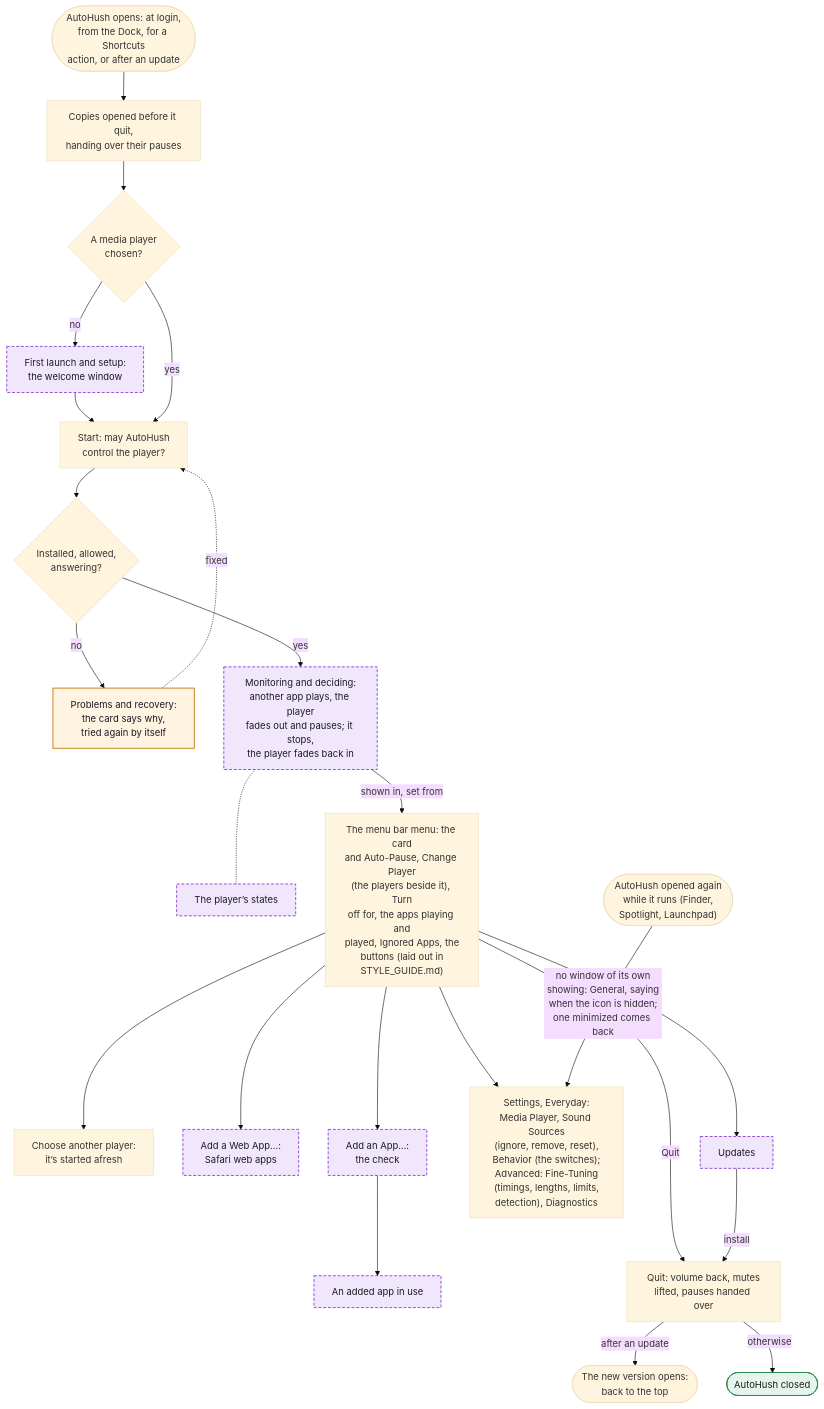
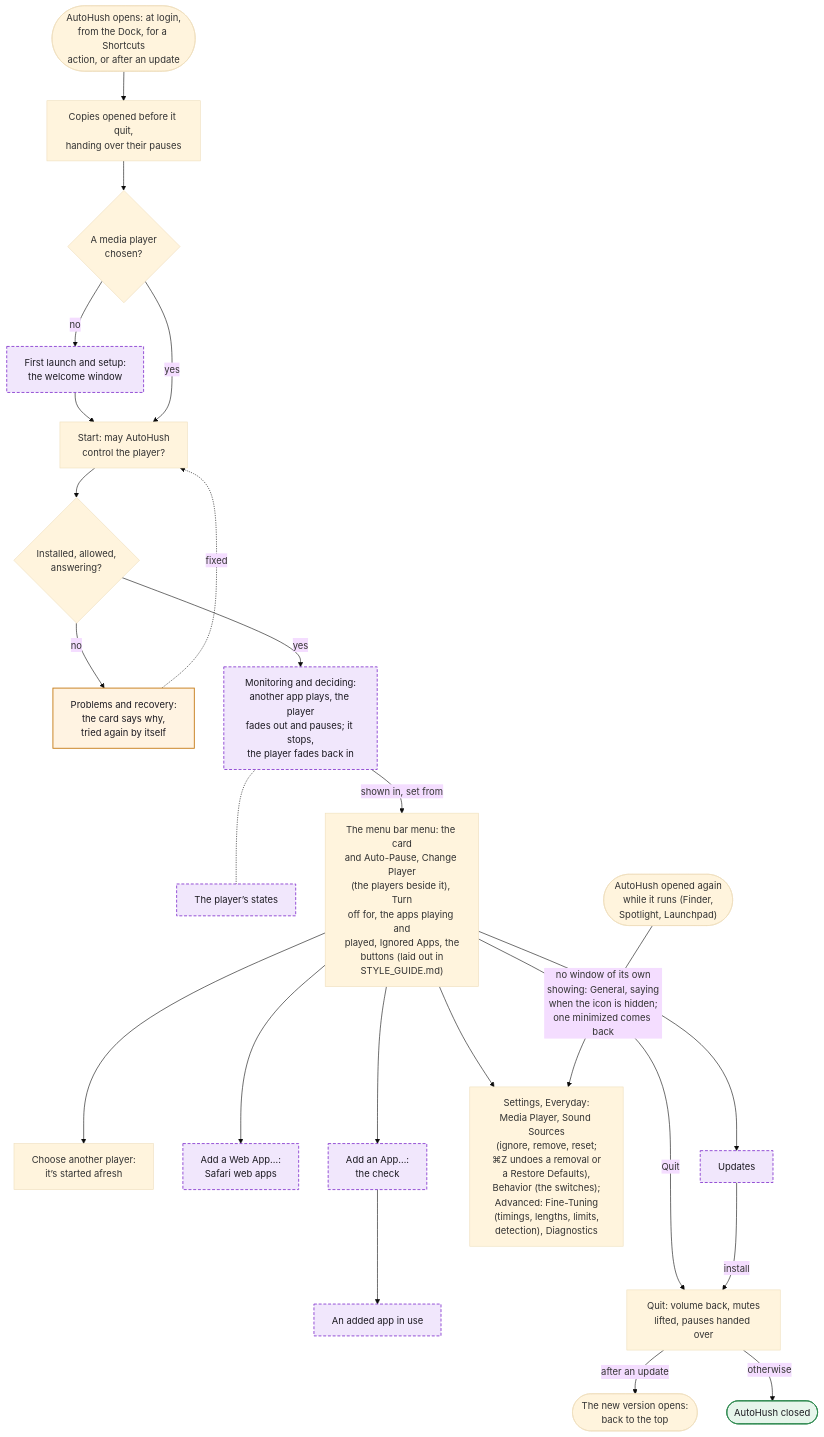
The first of 14 diagrams in WORKFLOWS.md (hfustercabre/AutoHush), drawn with Mermaid (base theme) before and after one commit. The commit also changed other lines of this file and 4 other files, not shown here.

````diff
--- a/WORKFLOWS.md
+++ b/WORKFLOWS.md
@@ -24,50 +24,50 @@
 ```mermaid
 flowchart TD
   L(["AutoHush opens: at login,<br/>from the Dock, for a Shortcuts<br/>action, or after an update"])
   O["Copies opened before it quit,<br/>handing over their pauses"]
   C{"A media player<br/>chosen?"}
   W["First launch and setup:<br/>the welcome window"]
   S["Start: may AutoHush<br/>control the player?"]
   P{"Installed, allowed,<br/>answering?"}
   R["Problems and recovery:<br/>the card says why,<br/>tried again by itself"]
   M["Monitoring and deciding:<br/>another app plays, the player<br/>fades out and pauses; it stops,<br/>the player fades back in"]
   ST["The player’s states"]
   MENU["The menu bar menu: the card<br/>and Auto-Pause, Change Player<br/>(the players beside it), Turn<br/>off for, the apps playing and<br/>played, Ignored Apps, the<br/>buttons (laid out in<br/>STYLE_GUIDE.md)"]
   CH["Choose another player:<br/>it’s started afresh"]
   WA["Add a Web App…:<br/>Safari web apps"]
   AA["Add an App…:<br/>the check"]
   AU["An added app in use"]
   AGAIN(["AutoHush opened again<br/>while it runs (Finder,<br/>Spotlight, Launchpad)"])
-  SET["Settings, Everyday:<br/>Media Player, Sound Sources<br/>(ignore, remove, reset),<br/>Behavior (the switches);<br/>Advanced: Fine-Tuning<br/>(timings, lengths, limits,<br/>detection), Diagnostics"]
+  SET["Settings, Everyday:<br/>Media Player, Sound Sources<br/>(ignore, remove, reset;<br/>⌘Z undoes a removal or<br/>a Restore Defaults),<br/>Behavior (the switches);<br/>Advanced: Fine-Tuning<br/>(timings, lengths, limits,<br/>detection), Diagnostics"]
   UP["Updates"]
   Q["Quit: volume back, mutes<br/>lifted, pauses handed over"]
   RL(["The new version opens:<br/>back to the top"])
   QX(["AutoHush closed"])
 
   L --> O --> C
   C -->|"no"| W --> S
   C -->|"yes"| S
   S --> P
   P -->|"no"| R
   R -.->|"fixed"| S
   P -->|"yes"| M
   M -.- ST
   M -->|"shown in, set from"| MENU
   MENU --> CH
   MENU --> WA
   MENU --> AA --> AU
   MENU --> SET
   AGAIN -->|"no window of its own<br/>showing: General, saying<br/>when the icon is hidden;<br/>one minimized comes back"| SET
   MENU --> UP
   MENU -->|"Quit"| Q
   UP -->|"install"| Q
   Q -->|"after an update"| RL
   Q -->|"otherwise"| QX
 
   class W,M,ST,WA,AA,AU,UP ref
   class R warn
   class QX done
   classDef ref fill:#f1e7fc,stroke:#8a3fd1,stroke-width:1.5px,stroke-dasharray: 5 3,color:#1d1b22
   classDef warn fill:#fff3e2,stroke:#c47812,stroke-width:1.5px,color:#1d1b22
   classDef done fill:#e6f5eb,stroke:#2f8a50,stroke-width:1.5px,color:#1d1b22
 ```
````
